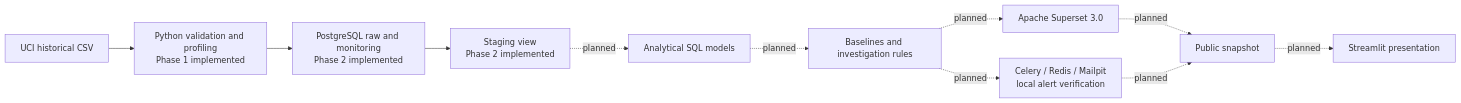
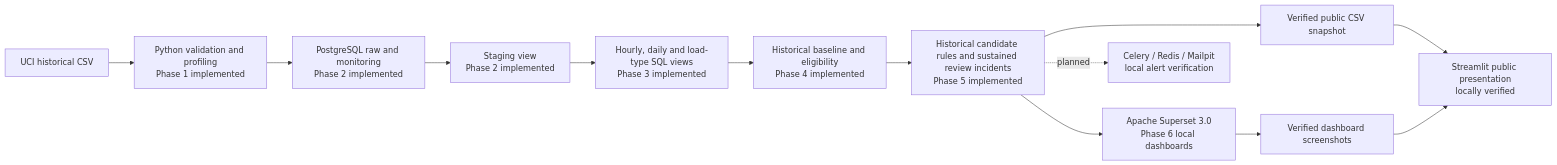
The diagram in docs/ARCHITECTURE.md (praveenraj9623-sketch/energyops-industrial-intelligence), drawn with Mermaid before and after one commit. The commit also changed other lines of this file and 66 other files, not shown here.

Commit message:
Add EnergyOps dashboards and public app

````diff
--- a/docs/ARCHITECTURE.md
+++ b/docs/ARCHITECTURE.md
@@ -5,13 +5,15 @@
 ```mermaid
 flowchart LR
     A[UCI historical CSV] --> B[Python validation and profiling<br/>Phase 1 implemented]
     B --> C[PostgreSQL raw and monitoring<br/>Phase 2 implemented]
     C --> D[Staging view<br/>Phase 2 implemented]
-    D -. planned .-> E[Analytical SQL models]
-    E -. planned .-> F[Baselines and investigation rules]
-    F -. planned .-> G[Apache Superset 3.0]
-    F -. planned .-> H[Celery / Redis / Mailpit<br/>local alert verification]
-    G -. planned .-> I[Public snapshot]
-    H -. planned .-> I
-    I -. planned .-> J[Streamlit presentation]
+    D --> E[Hourly, daily and load-type SQL views<br/>Phase 3 implemented]
+    E --> F[Historical baseline and eligibility<br/>Phase 4 implemented]
+    F --> R[Historical candidate rules and sustained review incidents<br/>Phase 5 implemented]
+    R --> G[Apache Superset 3.0<br/>Phase 6 local dashboards]
+    R -. planned .-> H[Celery / Redis / Mailpit<br/>local alert verification]
+    R --> I[Verified public CSV snapshot]
+    G --> K[Verified dashboard screenshots]
+    I --> J[Streamlit public presentation<br/>locally verified]
+    K --> J
 ```
````
